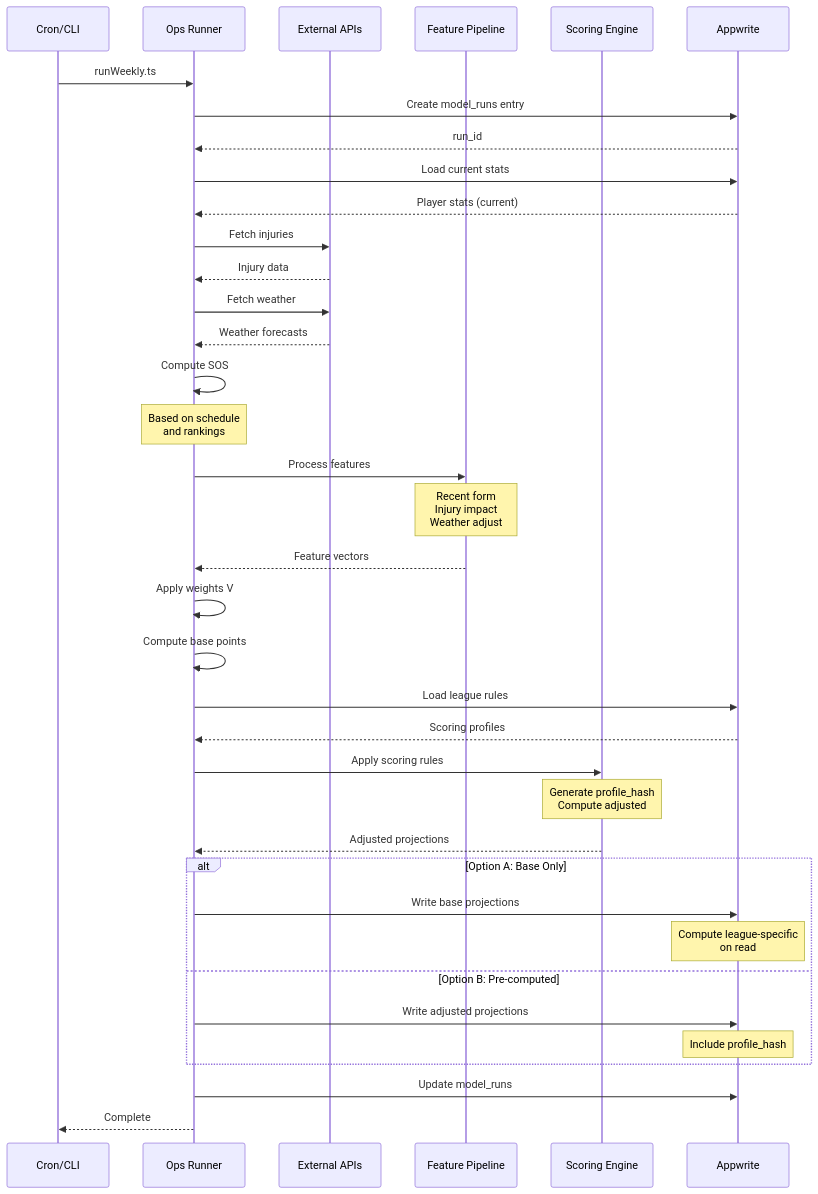
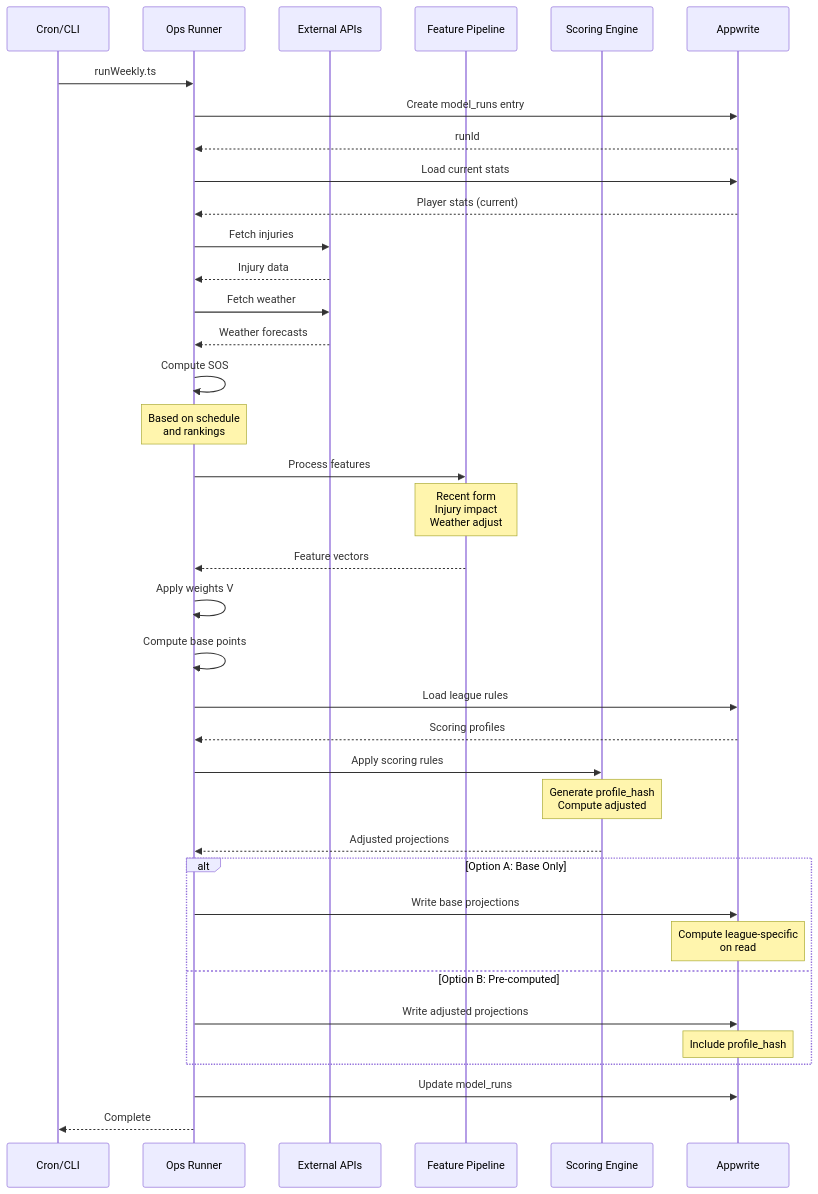
The second of 2 diagrams in docs/diagrams/system-architecture/weekly-projections-flow-in-season.md (kpm34/college-football-fantasy-app), drawn with Mermaid before and after one commit. The commit also changed other lines of this file and 288 other files, not shown here.

Commit message:
feat(diagrams): Admin Diagrams hub + Lucid OAuth/import integration; add Open in Lucid buttons; fix TS setup

````diff
--- a/docs/diagrams/system-architecture/weekly-projections-flow-in-season.md
+++ b/docs/diagrams/system-architecture/weekly-projections-flow-in-season.md
@@ -61,50 +61,50 @@
 ```mermaid
 sequenceDiagram
     participant Cron as Cron/CLI
     participant Runner as Ops Runner
     participant APIs as External APIs
     participant Pipeline as Feature Pipeline
     participant Scoring as Scoring Engine
     participant DB as Appwrite
     
     Cron->>Runner: runWeekly.ts
     Runner->>DB: Create model_runs entry
-    DB-->>Runner: run_id
+    DB-->>Runner: runId
     
     Runner->>DB: Load current stats
     DB-->>Runner: Player stats (current)
     
     Runner->>APIs: Fetch injuries
     APIs-->>Runner: Injury data
     
     Runner->>APIs: Fetch weather
     APIs-->>Runner: Weather forecasts
     
     Runner->>Runner: Compute SOS
     Note over Runner: Based on schedule<br/>and rankings
     
     Runner->>Pipeline: Process features
     Note over Pipeline: Recent form<br/>Injury impact<br/>Weather adjust
     Pipeline-->>Runner: Feature vectors
     
     Runner->>Runner: Apply weights V
     Runner->>Runner: Compute base points
     
     Runner->>DB: Load league rules
     DB-->>Runner: Scoring profiles
     
     Runner->>Scoring: Apply scoring rules
     Note over Scoring: Generate profile_hash<br/>Compute adjusted
     Scoring-->>Runner: Adjusted projections
     
     alt Option A: Base Only
         Runner->>DB: Write base projections
         Note over DB: Compute league-specific<br/>on read
     else Option B: Pre-computed
         Runner->>DB: Write adjusted projections
         Note over DB: Include profile_hash
     end
     
     Runner->>DB: Update model_runs
     Runner-->>Cron: Complete
 ```
````
